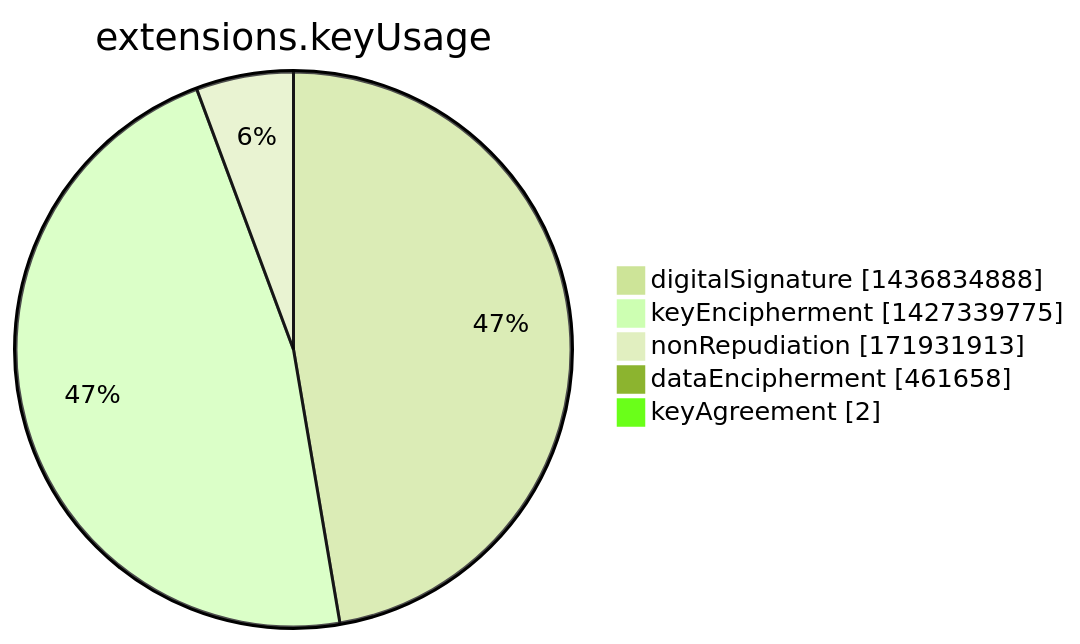
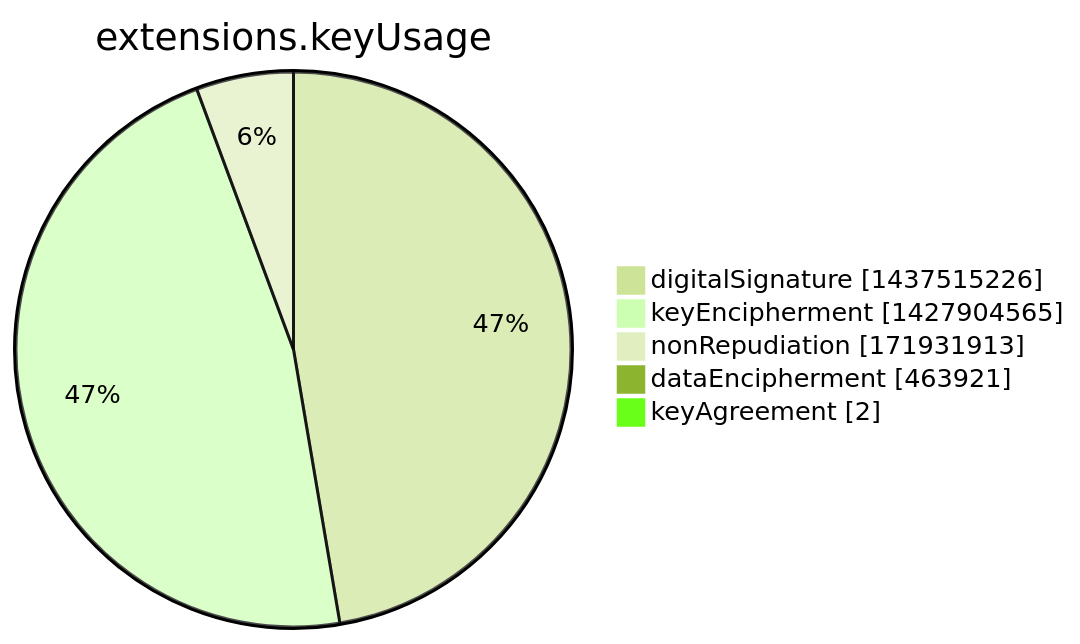
The seventh of 15 diagrams in argon2022/README.md (christiankrug/ctmonitor_visualization), drawn with Mermaid (forest theme) before and after one commit. The commit also changed other lines of this file, not shown here.

````diff
--- a/argon2022/README.md
+++ b/argon2022/README.md
@@ -2751,9 +2751,9 @@
 ```mermaid
 pie showData
 title extensions.keyUsage
-"digitalSignature" :1436834888
-"keyEncipherment" :1427339775
+"digitalSignature" :1437515226
+"keyEncipherment" :1427904565
 "nonRepudiation" :171931913
-"dataEncipherment" :461658
+"dataEncipherment" :463921
 "keyAgreement" :2
 ```
````
